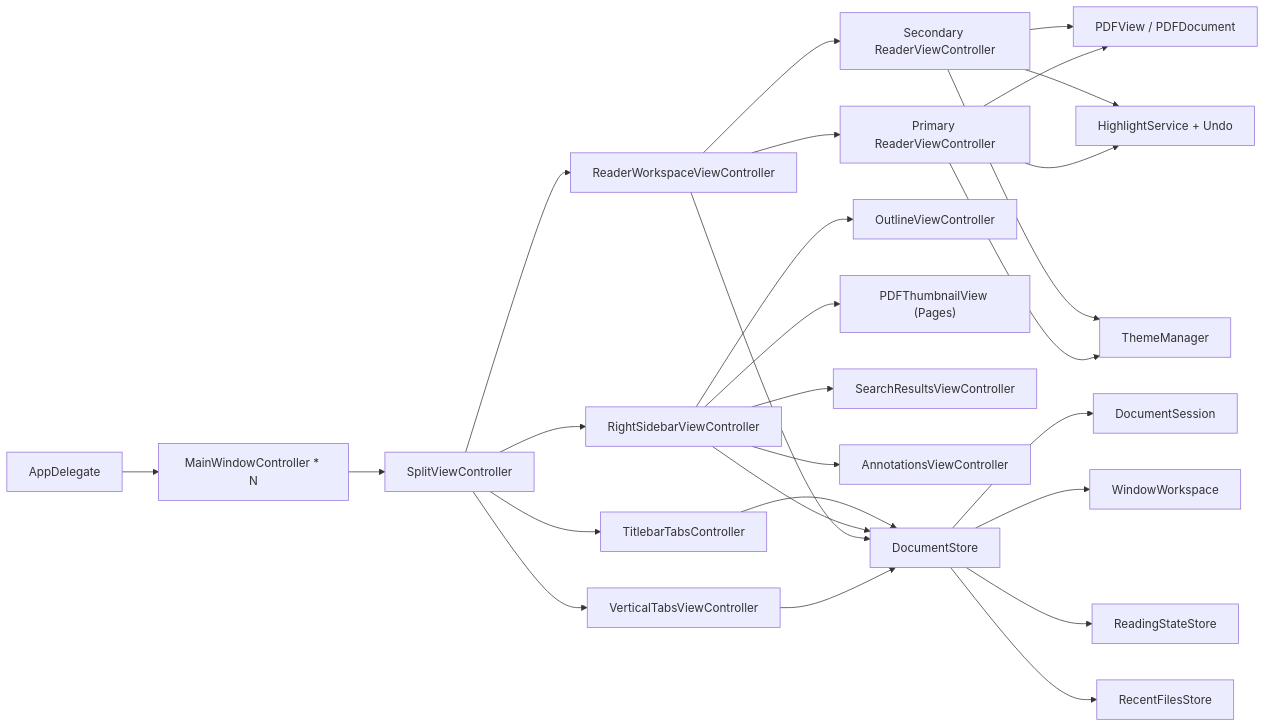
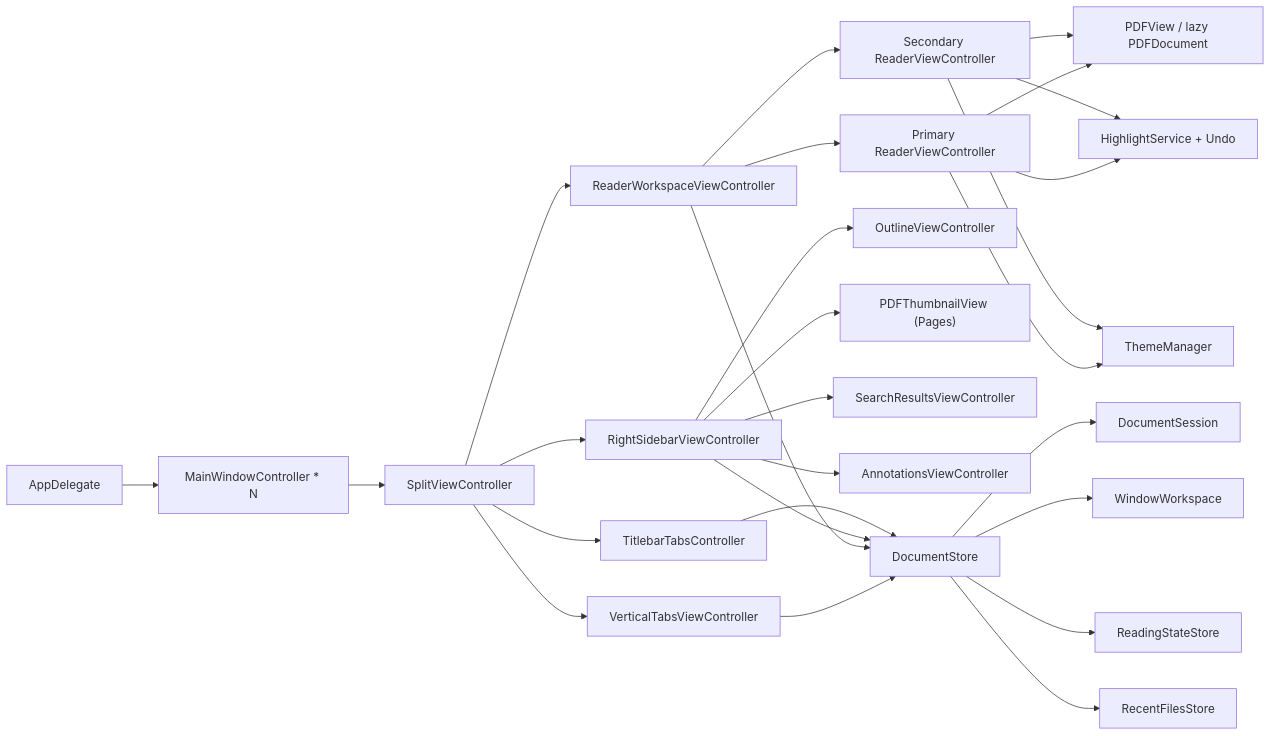
The diagram in PROJECT.md (Yalyenea/serein-pdf), drawn with Mermaid before and after one commit. The commit also changed other lines of this file and 52 other files, not shown here.

````diff
--- a/PROJECT.md
+++ b/PROJECT.md
@@ -42,29 +42,29 @@
 ```mermaid
 flowchart LR
     A["AppDelegate"] --> B["MainWindowController * N"]
     B --> C["SplitViewController"]
     C --> D["VerticalTabsViewController"]
     C --> E["ReaderWorkspaceViewController"]
     C --> F["RightSidebarViewController"]
     C --> G["TitlebarTabsController"]
     E --> E1["Primary ReaderViewController"]
     E --> E2["Secondary ReaderViewController"]
     F --> F1["OutlineViewController"]
     F --> F2["PDFThumbnailView (Pages)"]
     F --> F3["SearchResultsViewController"]
     F --> F4["AnnotationsViewController"]
     D --> H["DocumentStore"]
     E --> H
     F --> H
     G --> H
     H --> I["DocumentSession"]
     H --> J["WindowWorkspace"]
-    E1 --> K["PDFView / PDFDocument"]
+    E1 --> K["PDFView / lazy PDFDocument"]
     E2 --> K
     E1 --> L["HighlightService + Undo"]
     E2 --> L
     E1 --> M["ThemeManager"]
     E2 --> M
     H --> N["ReadingStateStore"]
     H --> O["RecentFilesStore"]
 ```
````
